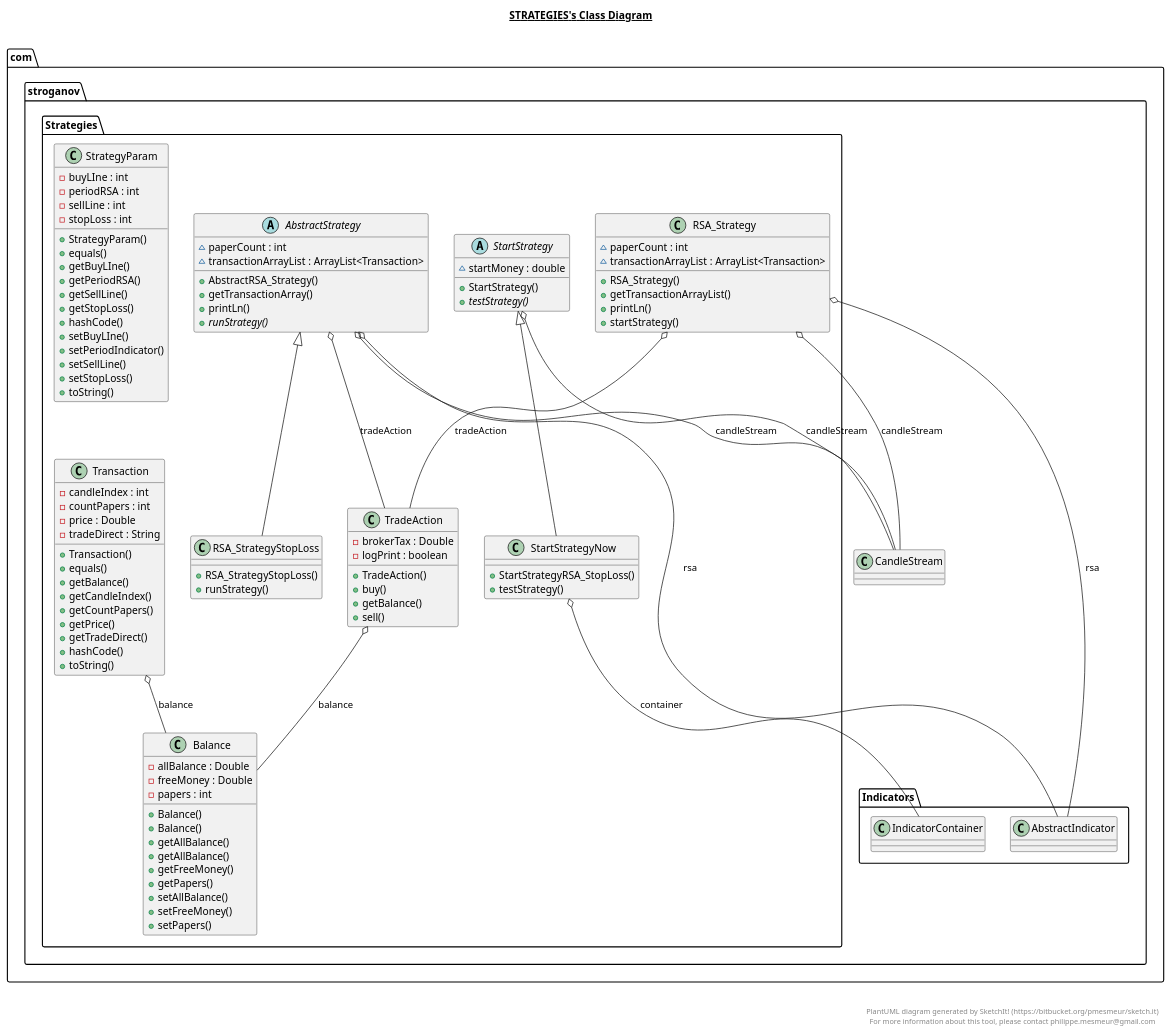
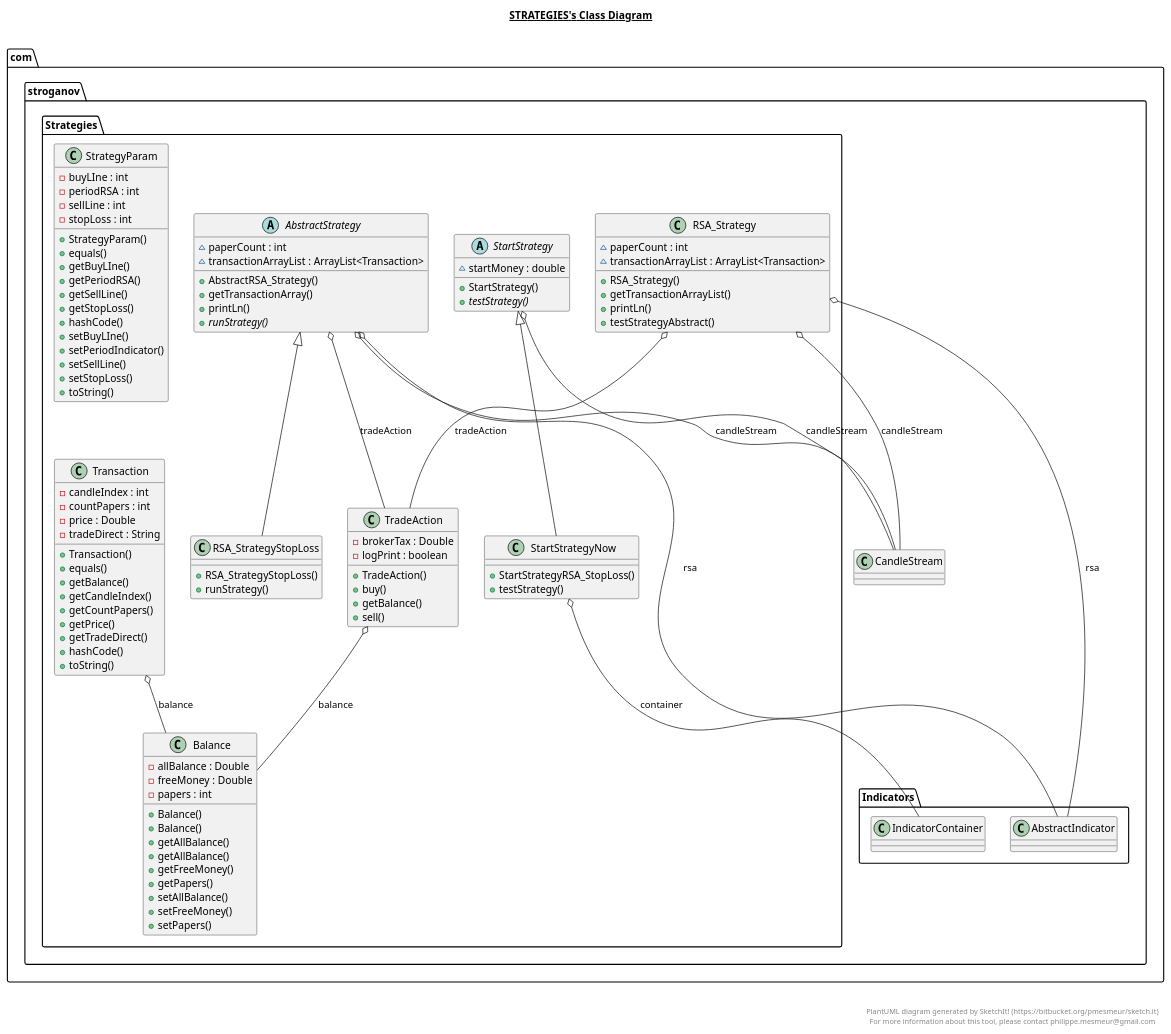
Before and after one commit to SergeyStroganoff/TradeRobot: the diagram in src/main/java/com/stroganov/Strategies/Strategies.plantuml, drawn with PlantUML. The commit also changed 24 other files, not shown here.

```diff
--- a/src/main/java/com/stroganov/Strategies/Strategies.plantuml
+++ b/src/main/java/com/stroganov/Strategies/Strategies.plantuml
@@ -1,164 +1,164 @@
 @startuml
 
 title __STRATEGIES's Class Diagram__\n
 
   namespace com.stroganov {
     namespace Strategies {
       abstract class com.stroganov.Strategies.AbstractStrategy {
           ~ paperCount : int
           ~ transactionArrayList : ArrayList<Transaction>
           + AbstractRSA_Strategy()
           + getTransactionArray()
           + printLn()
           {abstract} + runStrategy()
       }
     }
   }
   
 
   namespace com.stroganov {
     namespace Strategies {
       class com.stroganov.Strategies.Balance {
           - allBalance : Double
           - freeMoney : Double
           - papers : int
           + Balance()
           + Balance()
           + getAllBalance()
           + getAllBalance()
           + getFreeMoney()
           + getPapers()
           + setAllBalance()
           + setFreeMoney()
           + setPapers()
       }
     }
   }
   
 
   namespace com.stroganov {
     namespace Strategies {
       class com.stroganov.Strategies.RSA_Strategy {
           ~ paperCount : int
           ~ transactionArrayList : ArrayList<Transaction>
           + RSA_Strategy()
           + getTransactionArrayList()
           + printLn()
-          + startStrategy()
+          + testStrategyAbstract()
       }
     }
   }
   
 
   namespace com.stroganov {
     namespace Strategies {
       class com.stroganov.Strategies.RSA_StrategyStopLoss {
           + RSA_StrategyStopLoss()
           + runStrategy()
       }
     }
   }
   
 
   namespace com.stroganov {
     namespace Strategies {
       abstract class com.stroganov.Strategies.StartStrategy {
           ~ startMoney : double
           + StartStrategy()
           {abstract} + testStrategy()
       }
     }
   }
   
 
   namespace com.stroganov {
     namespace Strategies {
       class com.stroganov.Strategies.StartStrategyNow {
           + StartStrategyRSA_StopLoss()
           + testStrategy()
       }
     }
   }
   
 
   namespace com.stroganov {
     namespace Strategies {
       class com.stroganov.Strategies.StrategyParam {
           - buyLIne : int
           - periodRSA : int
           - sellLine : int
           - stopLoss : int
           + StrategyParam()
           + equals()
           + getBuyLIne()
           + getPeriodRSA()
           + getSellLine()
           + getStopLoss()
           + hashCode()
           + setBuyLIne()
           + setPeriodIndicator()
           + setSellLine()
           + setStopLoss()
           + toString()
       }
     }
   }
   
 
   namespace com.stroganov {
     namespace Strategies {
       class com.stroganov.Strategies.TradeAction {
           - brokerTax : Double
           - logPrint : boolean
           + TradeAction()
           + buy()
           + getBalance()
           + sell()
       }
     }
   }
   
 
   namespace com.stroganov {
     namespace Strategies {
       class com.stroganov.Strategies.Transaction {
           - candleIndex : int
           - countPapers : int
           - price : Double
           - tradeDirect : String
           + Transaction()
           + equals()
           + getBalance()
           + getCandleIndex()
           + getCountPapers()
           + getPrice()
           + getTradeDirect()
           + hashCode()
           + toString()
       }
     }
   }
   
 
   com.stroganov.Strategies.AbstractStrategy o-- com.stroganov.CandleStream : candleStream
   com.stroganov.Strategies.AbstractStrategy o-- com.stroganov.Indicators.AbstractIndicator : rsa
   com.stroganov.Strategies.AbstractStrategy o-- com.stroganov.Strategies.TradeAction : tradeAction
   com.stroganov.Strategies.RSA_Strategy o-- com.stroganov.CandleStream : candleStream
   com.stroganov.Strategies.RSA_Strategy o-- com.stroganov.Indicators.AbstractIndicator : rsa
   com.stroganov.Strategies.RSA_Strategy o-- com.stroganov.Strategies.TradeAction : tradeAction
   com.stroganov.Strategies.RSA_StrategyStopLoss -up-|> com.stroganov.Strategies.AbstractStrategy
   com.stroganov.Strategies.StartStrategy o-- com.stroganov.CandleStream : candleStream
   com.stroganov.Strategies.StartStrategyNow -up-|> com.stroganov.Strategies.StartStrategy
   com.stroganov.Strategies.StartStrategyNow o-- com.stroganov.Indicators.IndicatorContainer : container
   com.stroganov.Strategies.TradeAction o-- com.stroganov.Strategies.Balance : balance
   com.stroganov.Strategies.Transaction o-- com.stroganov.Strategies.Balance : balance
 
 
 right footer
 
 
 PlantUML diagram generated by SketchIt! (https://bitbucket.org/pmesmeur/sketch.it)
 For more information about this tool, please contact philippe.mesmeur@gmail.com
 endfooter
 
 @enduml
```
